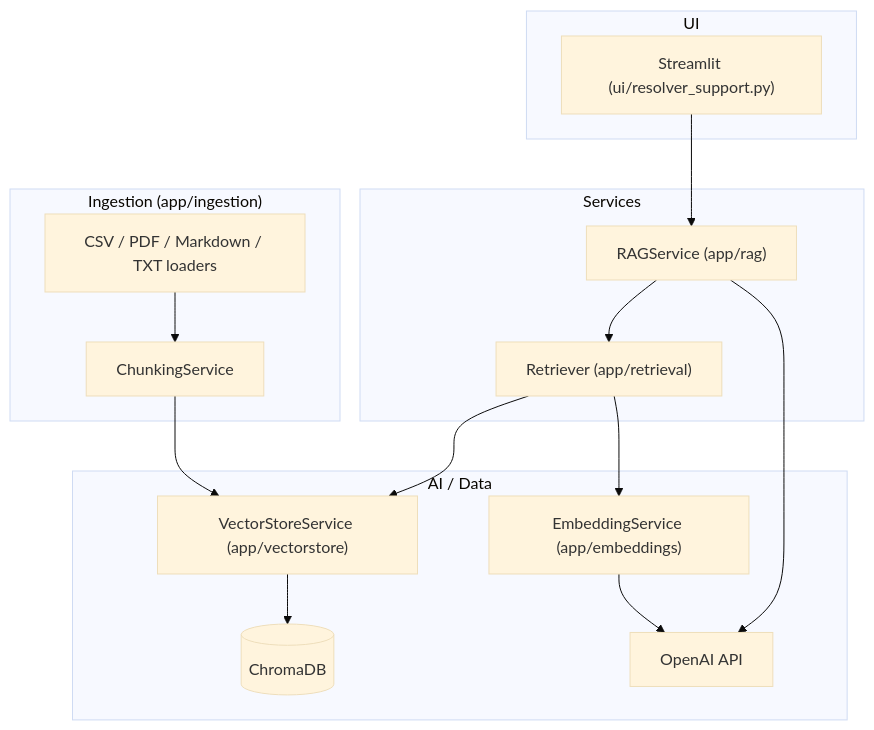
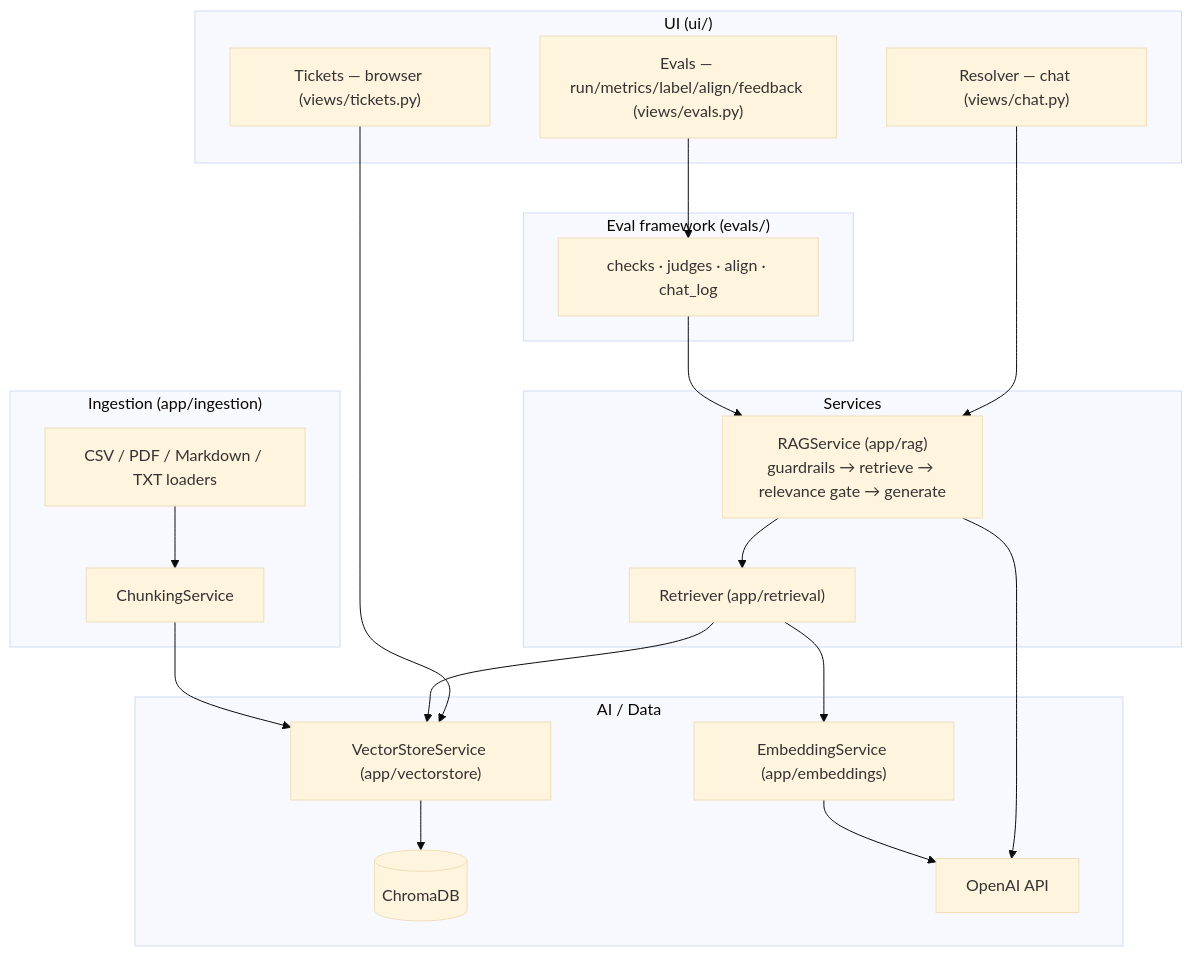
The first of 4 diagrams in README.md (bee-honey/ai-support-ticket-resolver), drawn with Mermaid (base theme) before and after one commit. The commit also changed other lines of this file, not shown here.

````diff
--- a/README.md
+++ b/README.md
@@ -64,29 +75,37 @@
 ```mermaid
 flowchart TD
-    subgraph UI_Layer["UI"]
-        ST["Streamlit (ui/resolver_support.py)"]
+    subgraph UI_Layer["UI (ui/)"]
+        ST["Resolver — chat (views/chat.py)"]
+        TK["Tickets — browser (views/tickets.py)"]
+        EV["Evals — run/metrics/label/align/feedback (views/evals.py)"]
     end
     subgraph Service_Layer["Services"]
-        RAGSvc["RAGService (app/rag)"]
+        RAGSvc["RAGService (app/rag)<br/>guardrails → retrieve → relevance gate → generate"]
         RetrieverSvc["Retriever (app/retrieval)"]
     end
     subgraph AI_Layer["AI / Data"]
         EmbSvc["EmbeddingService (app/embeddings)"]
         VSSvc["VectorStoreService (app/vectorstore)"]
         Chroma[("ChromaDB")]
         OpenAI["OpenAI API"]
     end
     subgraph Ingestion_Layer["Ingestion (app/ingestion)"]
         Loaders["CSV / PDF / Markdown / TXT loaders"]
         Chunker["ChunkingService"]
     end
+    subgraph Eval_Layer["Eval framework (evals/)"]
+        EvalsPkg["checks · judges · align · chat_log"]
+    end
 
     ST --> RAGSvc
+    TK --> VSSvc
+    EV --> EvalsPkg
+    EvalsPkg --> RAGSvc
+    RAGSvc --> OpenAI
     RAGSvc --> RetrieverSvc
-    RAGSvc --> OpenAI
     RetrieverSvc --> VSSvc
     RetrieverSvc --> EmbSvc
     EmbSvc --> OpenAI
     VSSvc --> Chroma
     Loaders --> Chunker --> VSSvc
 ```
````
